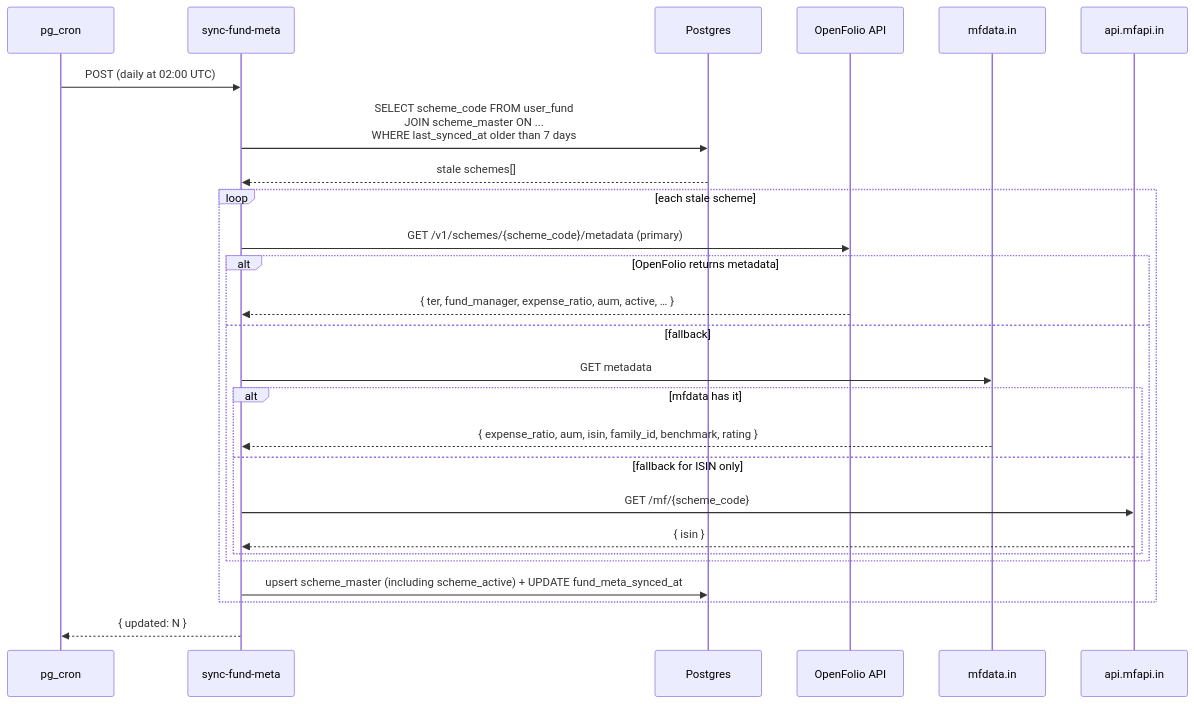
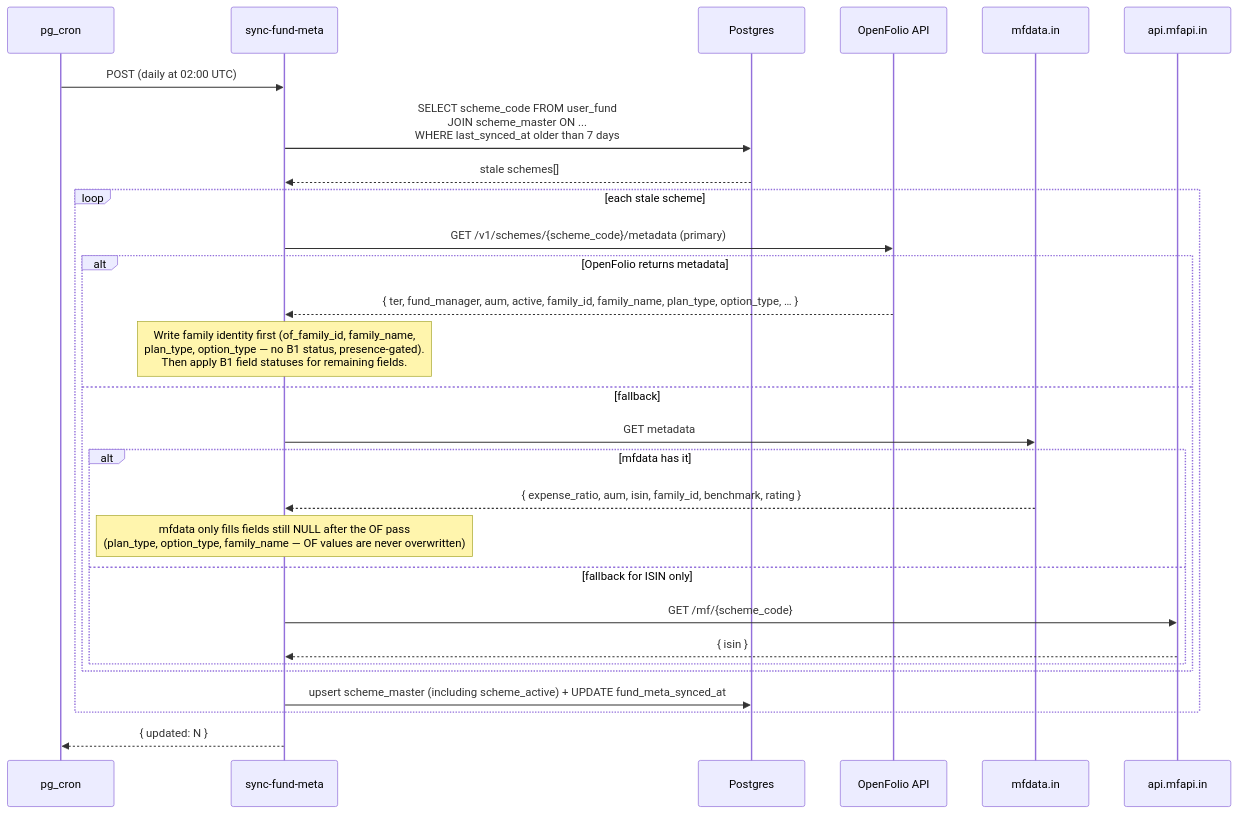
Before and after one commit to himanshu4141/FolioLens: the seventh of 9 diagrams in docs/architecture/data-sync-pipeline.md, drawn with Mermaid. The commit also changed other lines of this file and 12 other files, not shown here.

````diff
--- a/docs/architecture/data-sync-pipeline.md
+++ b/docs/architecture/data-sync-pipeline.md
@@ -217,29 +217,31 @@
 ```mermaid
 sequenceDiagram
   participant Cron as pg_cron
   participant Fn as sync-fund-meta
   participant DB as Postgres
   participant OF as OpenFolio API
   participant Mfd as mfdata.in
   participant Mf as api.mfapi.in
 
   Cron->>Fn: POST (daily at 02:00 UTC)
   Fn->>DB: SELECT scheme_code FROM user_fund<br/>JOIN scheme_master ON ...<br/>WHERE last_synced_at older than 7 days
   DB-->>Fn: stale schemes[]
   loop each stale scheme
     Fn->>OF: GET /v1/schemes/{scheme_code}/metadata (primary)
     alt OpenFolio returns metadata
-      OF-->>Fn: { ter, fund_manager, expense_ratio, aum, active, … }
+      OF-->>Fn: { ter, fund_manager, aum, active, family_id, family_name, plan_type, option_type, … }
+      Note over Fn: Write family identity first (of_family_id, family_name,<br/>plan_type, option_type — no B1 status, presence-gated).<br/>Then apply B1 field statuses for remaining fields.
     else fallback
       Fn->>Mfd: GET metadata
       alt mfdata has it
         Mfd-->>Fn: { expense_ratio, aum, isin, family_id, benchmark, rating }
+        Note over Fn: mfdata only fills fields still NULL after the OF pass<br/>(plan_type, option_type, family_name — OF values are never overwritten)
       else fallback for ISIN only
         Fn->>Mf: GET /mf/{scheme_code}
         Mf-->>Fn: { isin }
       end
     end
     Fn->>DB: upsert scheme_master (including scheme_active) + UPDATE fund_meta_synced_at
   end
   Fn-->>Cron: { updated: N }
 ```
````
